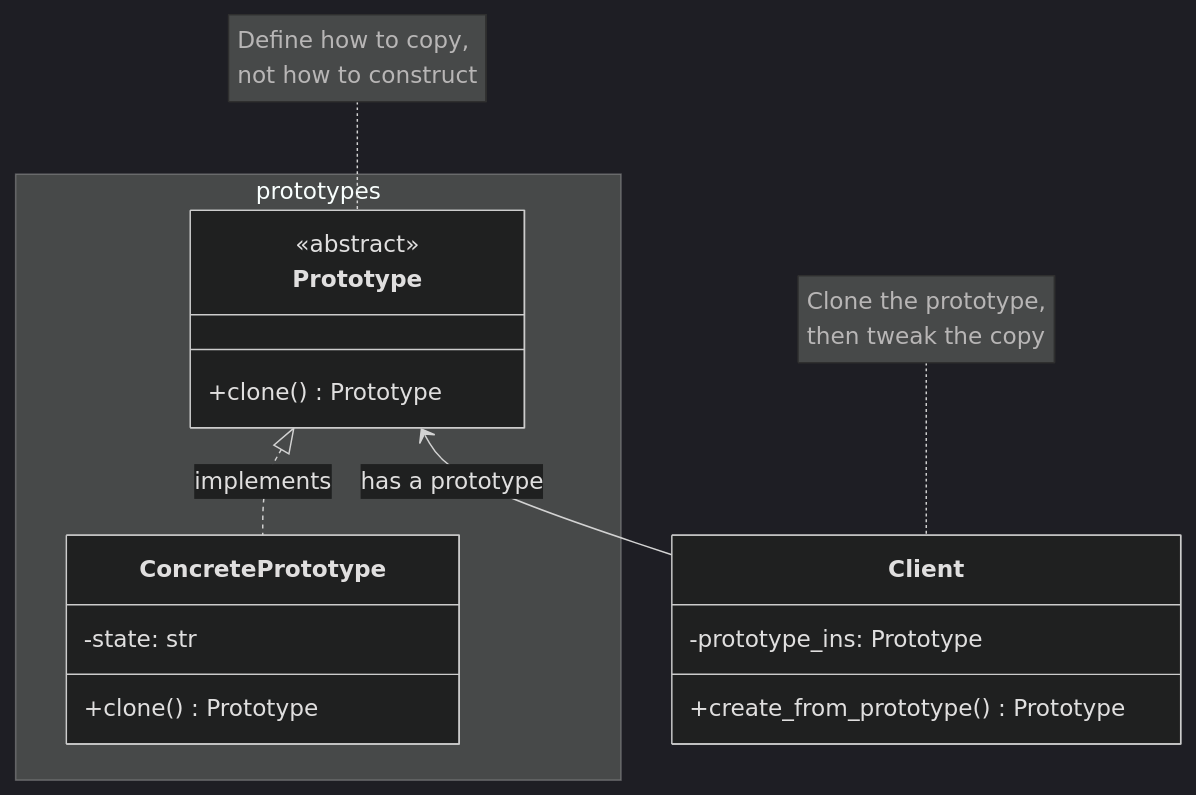
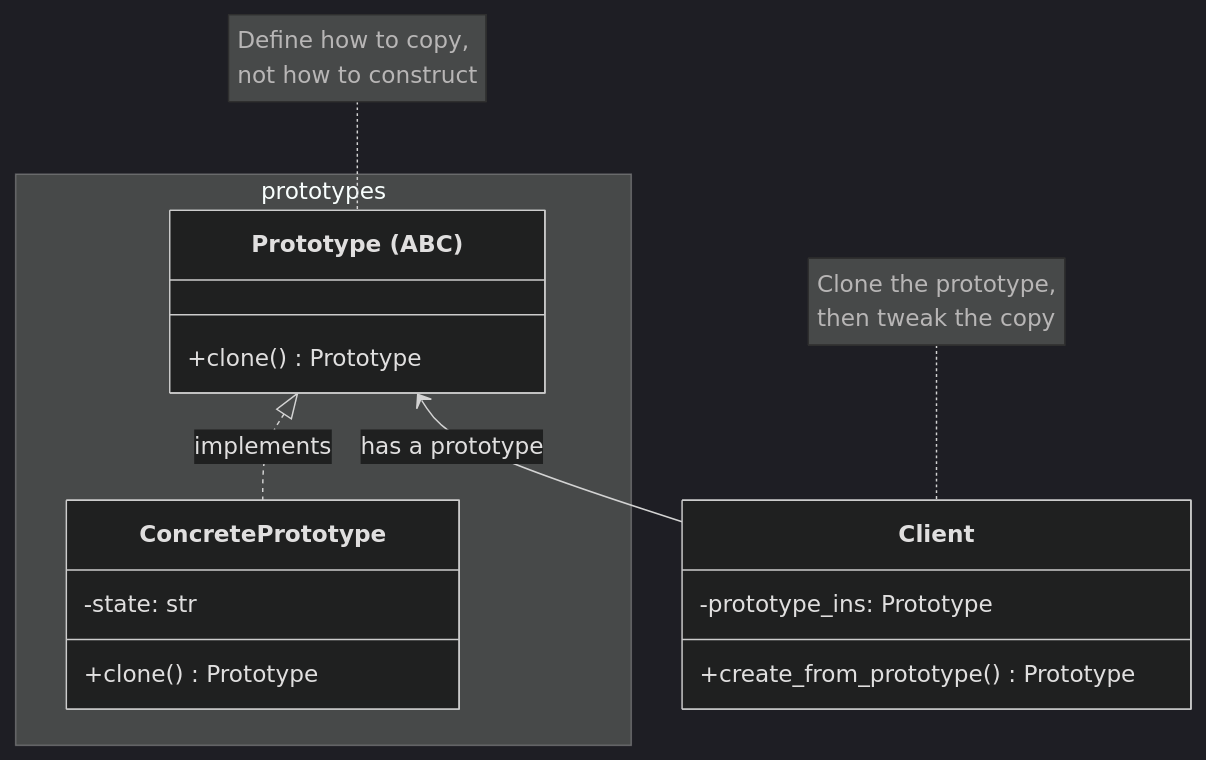
Before and after one commit to arunnambyar/tutorials: the first of 2 diagrams in design_patterns/docs/1100_prototype.md, drawn with Mermaid (dark theme). The commit also changed 13 other files, not shown here.

````diff
--- a/design_patterns/docs/1100_prototype.md
+++ b/design_patterns/docs/1100_prototype.md
@@ -27,27 +27,26 @@
 ```mermaid
 classDiagram
     direction TB
 
     namespace prototypes {
-        class Prototype {
-            <<abstract>>
+        class Prototype["Prototype (ABC)"] {
             +clone() Prototype
         }
 
         class ConcretePrototype {
             -state: str
             +clone() Prototype
         }
     }
 
     class Client {
         -prototype_ins: Prototype
         +create_from_prototype() Prototype
     }
 
     Prototype <|.. ConcretePrototype : implements
     Prototype <-- Client : has a prototype
 
     note for Prototype "Define how to copy,<br>not how to construct"
     note for Client "Clone the prototype,<br>then tweak the copy"
 ```
````
